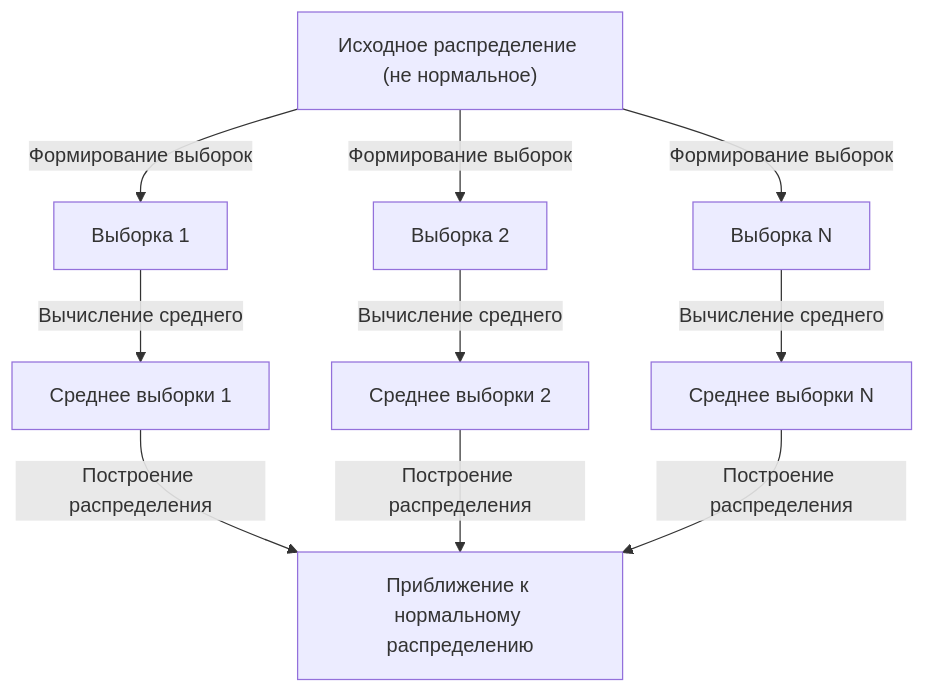
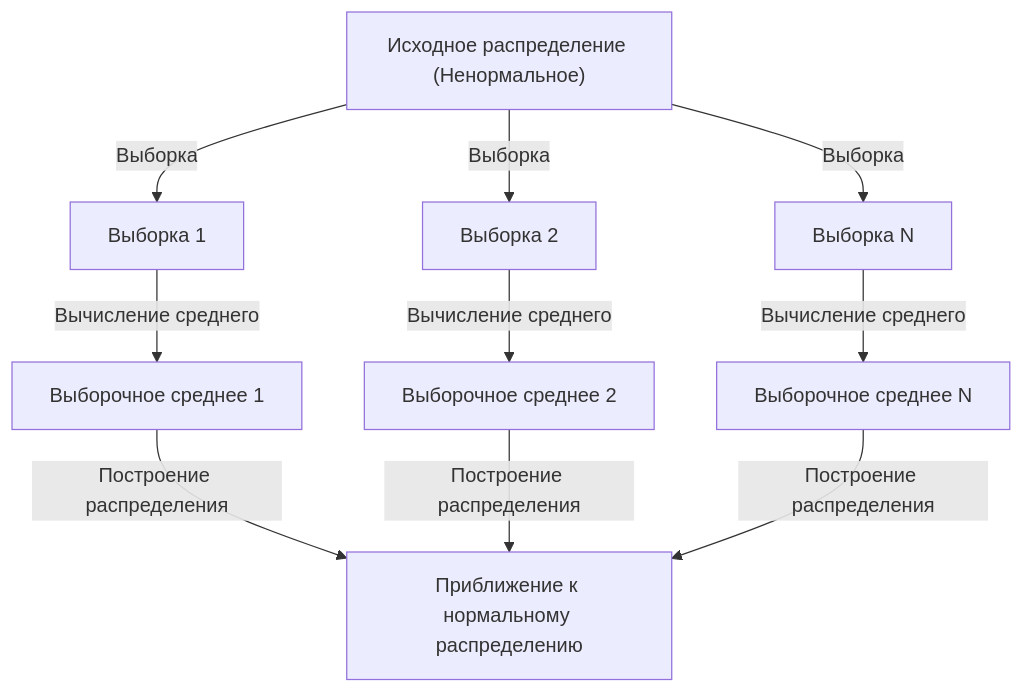
One commit to kenjinote/blog changed the diagram in content/post/central-limit-theorem/index.ru.md. Above: the diagram before and after it, drawn with Mermaid. The commit also changed other lines of this file and 97 other files, not shown here.

````diff
--- a/content/post/central-limit-theorem/index.ru.md
+++ b/content/post/central-limit-theorem/index.ru.md
@@ -47,12 +43,12 @@
 ```mermaid
 graph TD
-    A["Исходное распределение (не нормальное)"] -->|"Формирование выборок"| B["Выборка 1"]
-    A -->|"Формирование выборок"| C["Выборка 2"]
-    A -->|"Формирование выборок"| D["Выборка N"]
-    B -->|"Вычисление среднего"| E["Среднее выборки 1"]
-    C -->|"Вычисление среднего"| F["Среднее выборки 2"]
-    D -->|"Вычисление среднего"| G["Среднее выборки N"]
+    A["Исходное распределение (Ненормальное)"] -->|"Выборка"| B["Выборка 1"]
+    A -->|"Выборка"| C["Выборка 2"]
+    A -->|"Выборка"| D["Выборка N"]
+    B -->|"Вычисление среднего"| E["Выборочное среднее 1"]
+    C -->|"Вычисление среднего"| F["Выборочное среднее 2"]
+    D -->|"Вычисление среднего"| G["Выборочное среднее N"]
     E -->|"Построение распределения"| H["Приближение к нормальному распределению"]
     F -->|"Построение распределения"| H
     G -->|"Построение распределения"| H
 ```
````
